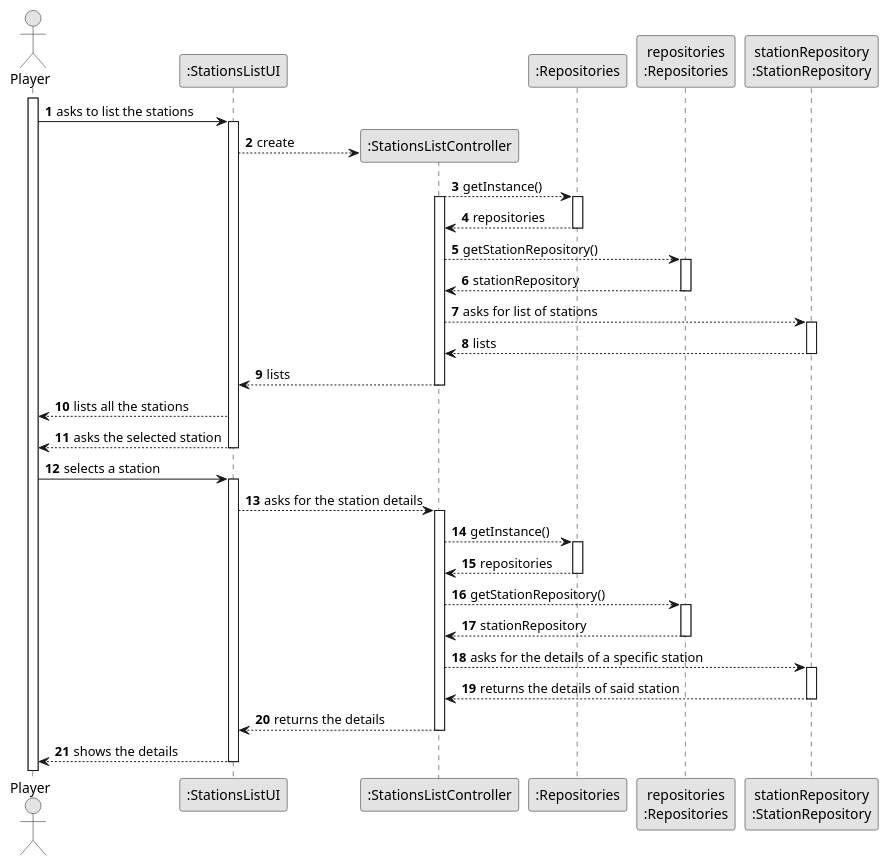
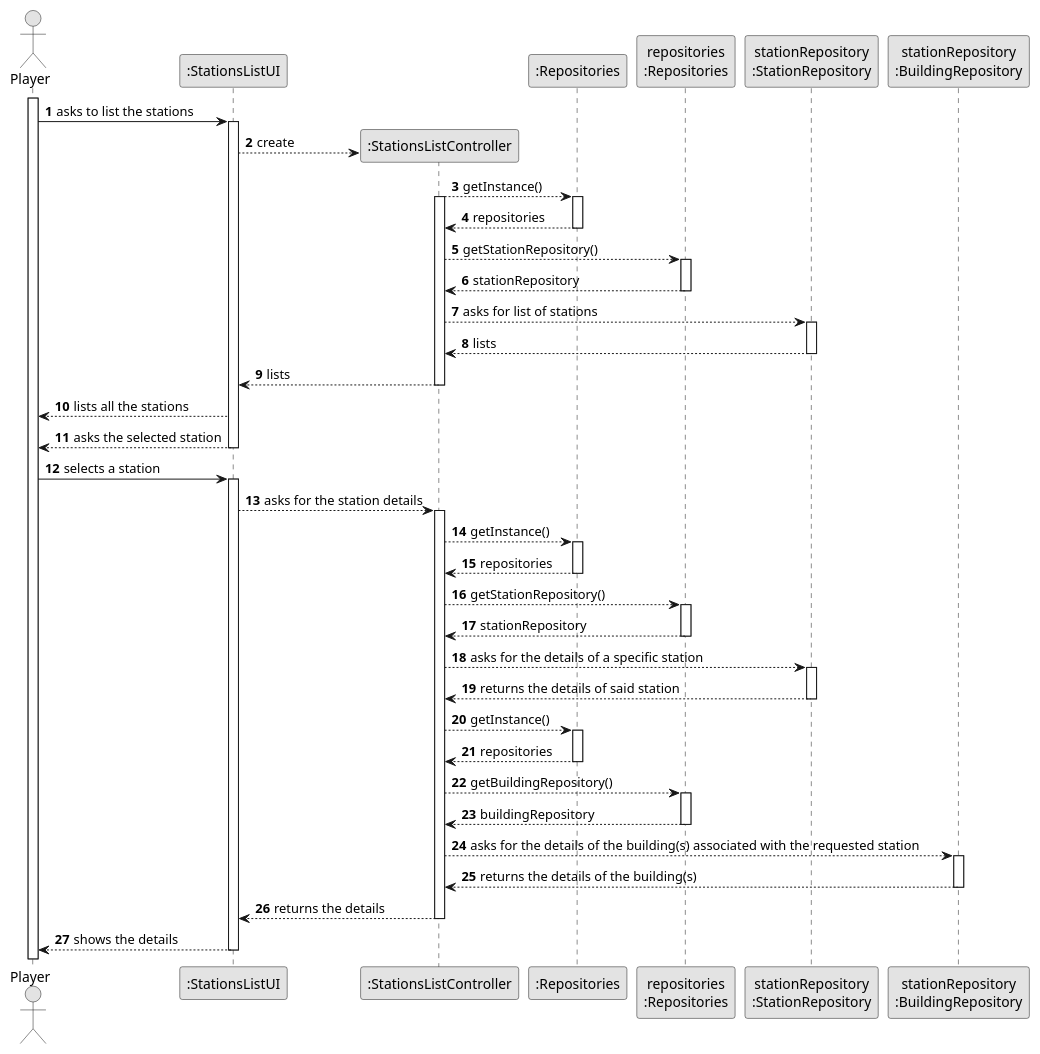
One commit to goncalolopesp/sem2-pi-24.25-g093-repo changed the diagram in docs/system-documentation/US007/03.design/puml/US007-SD.puml. Above: the diagram before and after it, drawn with PlantUML. The commit also changed 1 other file, not shown here.

Commit message:
US007 - Updated Full System Diagram

```diff
--- a/docs/system-documentation/US007/03.design/puml/US007-SD.puml
+++ b/docs/system-documentation/US007/03.design/puml/US007-SD.puml
@@ -1,75 +1,88 @@
 @startuml
 skinparam monochrome true
 skinparam packageStyle rectangle
 skinparam shadowing false
 
 autonumber
 
 actor "Player" as Employee
 participant ":StationsListUI" as StationsListUI
 
 activate Employee
 
 Employee -> StationsListUI : asks to list the stations
 activate StationsListUI
 
 create ":StationsListController" as StationsListController
 
 StationsListUI --> StationsListController : create
 
 
 
 participant ":Repositories" as Repositories
 participant "repositories\n:Repositories" as Repo
 participant "stationRepository\n:StationRepository" as stationRepository
+participant "stationRepository\n:BuildingRepository" as buildingRepository
 
 StationsListController --> Repositories : getInstance()
 activate StationsListController
 activate Repositories
 
 Repositories --> StationsListController : repositories
 
 deactivate Repositories
 
 StationsListController --> Repo : getStationRepository()
 activate Repo
 
 Repo --> StationsListController : stationRepository
 deactivate Repo
 
 
 StationsListController --> stationRepository : asks for list of stations
 activate stationRepository
 stationRepository --> StationsListController : lists
 deactivate stationRepository
 StationsListController --> StationsListUI : lists
 
 deactivate StationsListController
 
 StationsListUI --> Employee : lists all the stations
 StationsListUI --> Employee : asks the selected station
 deactivate StationsListUI
 
 Employee -> StationsListUI : selects a station
 activate StationsListUI
 StationsListUI --> StationsListController : asks for the station details
 activate StationsListController
 StationsListController --> Repositories : getInstance()
 activate Repositories
 Repositories --> StationsListController : repositories
 deactivate Repositories
 StationsListController --> Repo : getStationRepository()
 activate Repo
 Repo --> StationsListController : stationRepository
 deactivate Repo
 StationsListController --> stationRepository : asks for the details of a specific station
 activate stationRepository
 stationRepository --> StationsListController : returns the details of said station
 deactivate stationRepository
+StationsListController --> Repositories : getInstance()
+activate Repositories
+Repositories --> StationsListController : repositories
+deactivate Repositories
+StationsListController --> Repo : getBuildingRepository()
+activate Repo
+Repo --> StationsListController : buildingRepository
+deactivate Repo
+StationsListController --> buildingRepository : asks for the details of the building(s) associated with the requested station
+activate buildingRepository
+buildingRepository --> StationsListController : returns the details of the building(s)
+deactivate buildingRepository
 StationsListController --> StationsListUI : returns the details
 deactivate StationsListController
 StationsListUI --> Employee : shows the details
 deactivate StationsListUI
 
 
 @enduml
```
